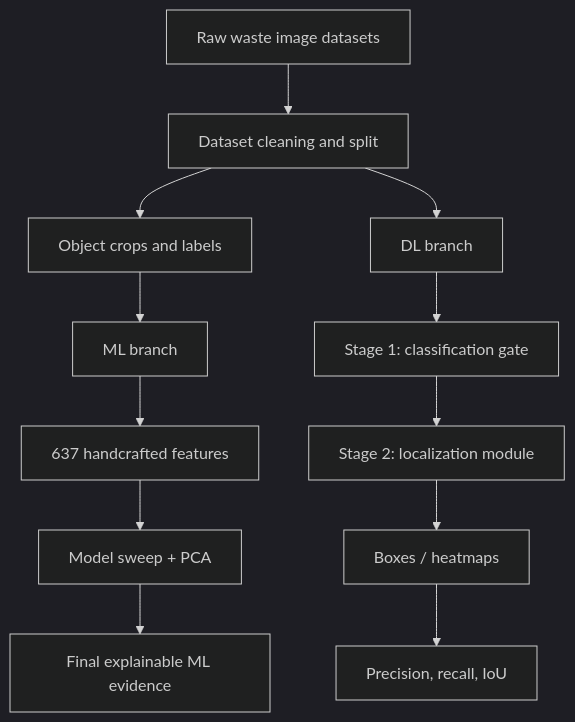
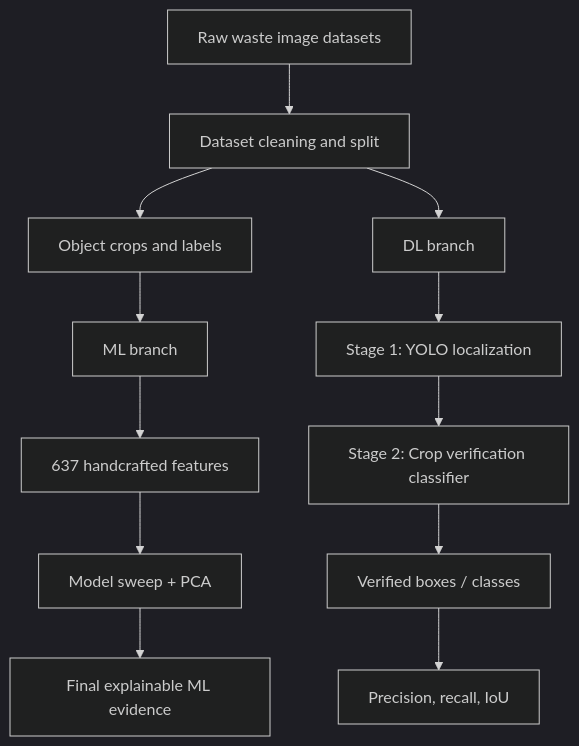
One commit to khoaph0712/Final-Year-Project-PDK changed the diagram in docs/NOTION_PROJECT_TRACKER.md. Above: the diagram before and after it, drawn with Mermaid (dark theme). The commit also changed other lines of this file and 432 other files, not shown here.

````diff
--- a/docs/NOTION_PROJECT_TRACKER.md
+++ b/docs/NOTION_PROJECT_TRACKER.md
@@ -32,14 +29,14 @@
 ```mermaid
 flowchart TD
     A["Raw waste image datasets"] --> B["Dataset cleaning and split"]
     B --> C["Object crops and labels"]
     C --> ML1["ML branch"]
     ML1 --> ML2["637 handcrafted features"]
     ML2 --> ML3["Model sweep + PCA"]
     ML3 --> ML4["Final explainable ML evidence"]
     B --> DL1["DL branch"]
-    DL1 --> DL2["Stage 1: classification gate"]
-    DL2 --> DL3["Stage 2: localization module"]
-    DL3 --> DL4["Boxes / heatmaps"]
+    DL1 --> DL2["Stage 1: YOLO localization"]
+    DL2 --> DL3["Stage 2: Crop verification classifier"]
+    DL3 --> DL4["Verified boxes / classes"]
     DL4 --> DL5["Precision, recall, IoU"]
 ```
````
